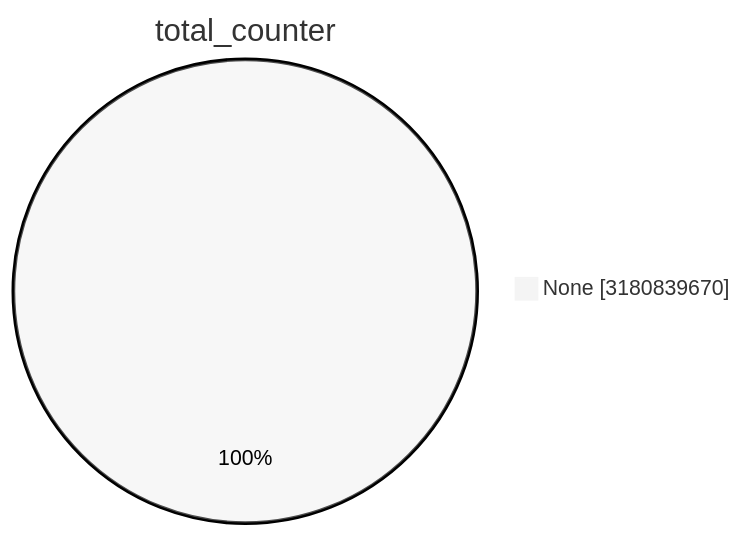
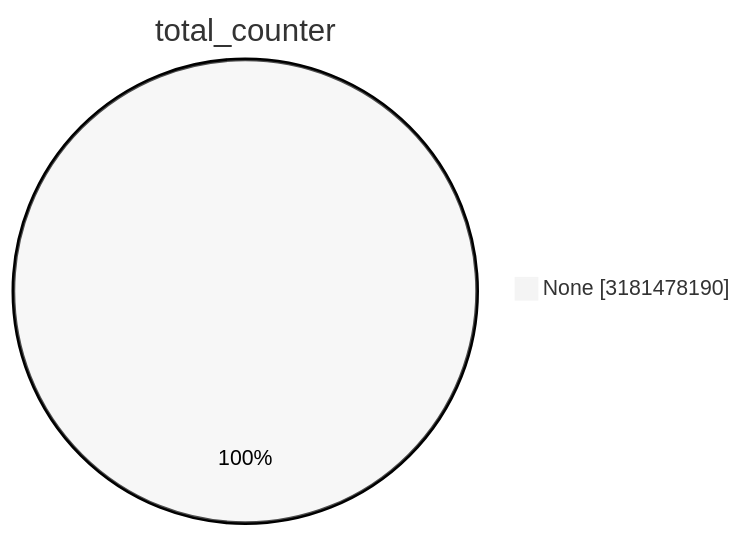
The first of 15 diagrams in TOTAL/README.md (christiankrug/ctmonitor_visualization), drawn with Mermaid (neutral theme) before and after one commit. The commit also changed other lines of this file, not shown here.

````diff
--- a/TOTAL/README.md
+++ b/TOTAL/README.md
@@ -1,5 +1,5 @@
 ```mermaid
 pie showData
 title total_counter
-"None" :3180839670
+"None" :3181478190
 ```
````
